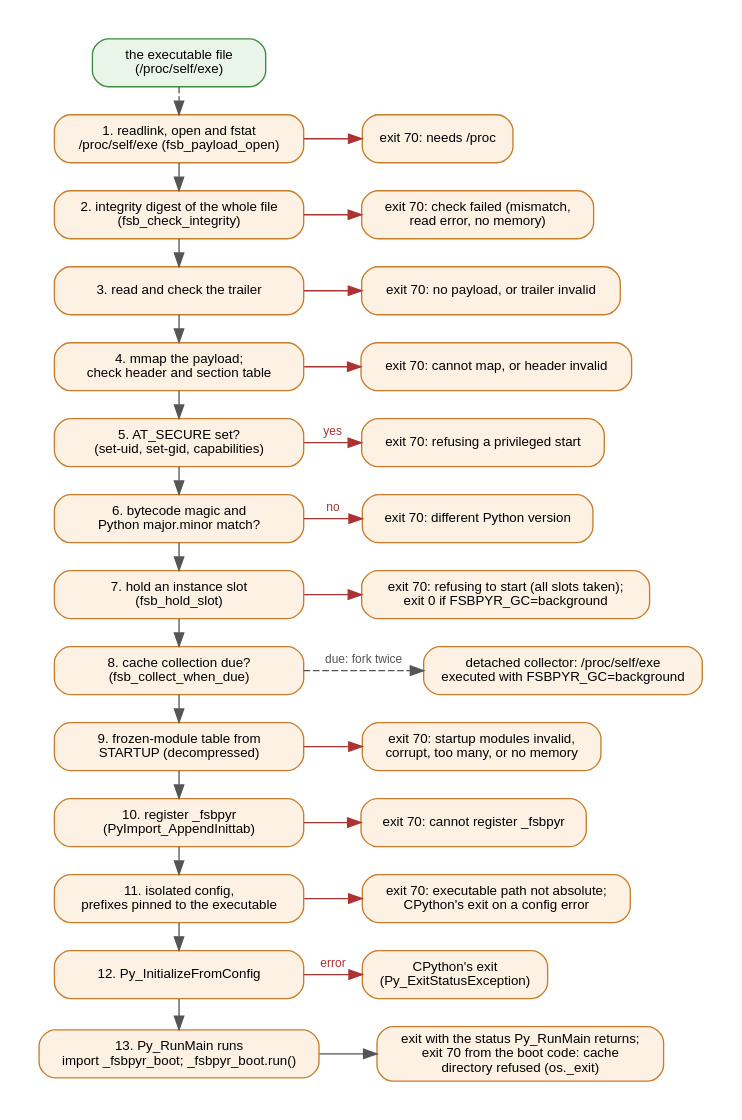
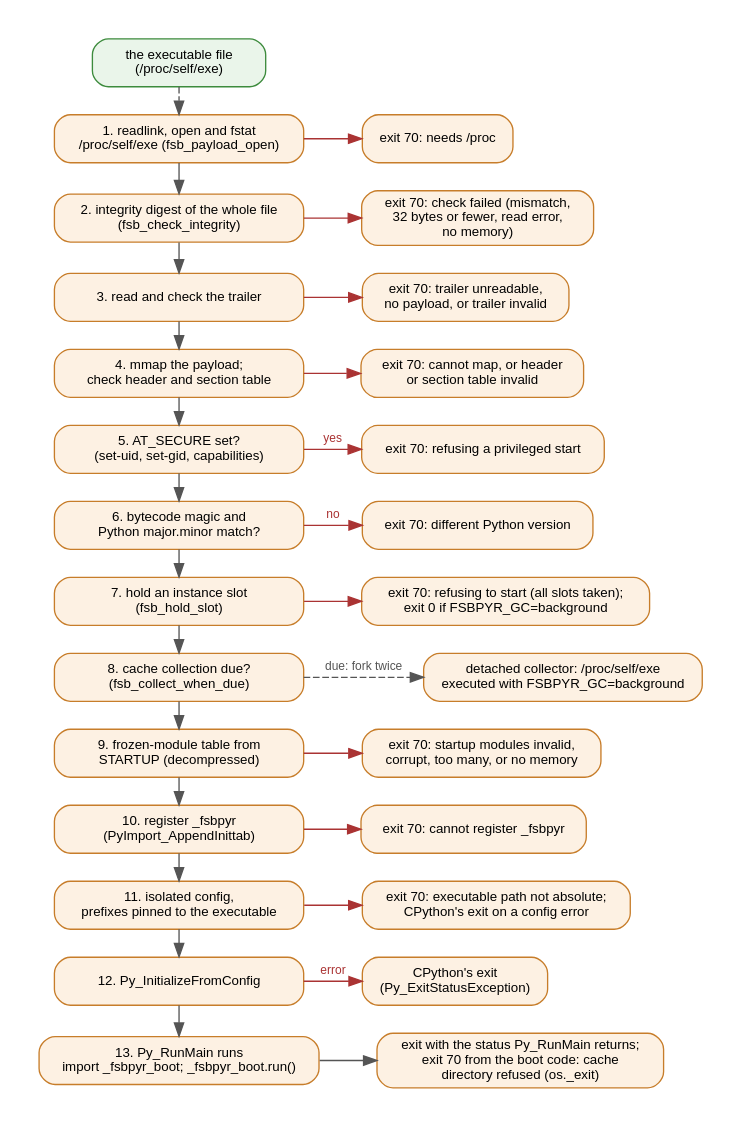
Before and after one commit to devitops-com/fsbpyr: the diagram in wiki/diagrams/launcher-startup.dot, drawn with Graphviz. The commit also changed 40 other files, not shown here.

```diff
--- a/wiki/diagrams/launcher-startup.dot
+++ b/wiki/diagrams/launcher-startup.dot
@@ -1,73 +1,73 @@
-// The launcher's startup sequence at fsbpyr v0.27.0: main() in src/fsbpyr/launcher/main.c,
+// The launcher's startup sequence at fsbpyr v0.30.0: main() in src/fsbpyr/launcher/main.c,
 // with fsb_payload_open (payload.c), fsb_check_integrity (integrity.c), fsb_hold_slot (slots.c)
 // and fsb_collect_when_due (due.c). Steps run top to bottom; red edges are the failure exits.
 // After step 13 the boot code ends a start with 70 itself when the C code refuses the cache
 // directory (NativeCache.extract in boot/_fsbpyr_rt/native.py).
 // Steps 1 to 4 are fsb_payload_open. rankdir=TB, not the wiki's usual LR: 13 steps in sequence.
 digraph launcher_startup {
   graph [fontname="Helvetica" fontsize=11 rankdir=LR bgcolor="white" pad=0.3 nodesep=0.35 ranksep=0.5];
   node [fontname="Helvetica" fontsize=10 shape=box style="rounded,filled" fillcolor="#eef3fb" color="#4a6fa5"];
   edge [fontname="Helvetica" fontsize=9 color="#555555"];
   graph [rankdir=TB nodesep=0.3 ranksep=0.28];
 
   node [fillcolor="#fdf1e3" color="#c77d2a" width=2.6];
 
   exe [label="the executable file\n(/proc/self/exe)" fillcolor="#eaf5ea" color="#3d8b3d" width=1.8];
 
   locate    [label="1. readlink, open and fstat\n/proc/self/exe (fsb_payload_open)"];
   integrity [label="2. integrity digest of the whole file\n(fsb_check_integrity)"];
   trailer   [label="3. read and check the trailer"];
   map       [label="4. mmap the payload;\ncheck header and section table"];
 
   secure    [label="5. AT_SECURE set?\n(set-uid, set-gid, capabilities)"];
   versions  [label="6. bytecode magic and\nPython major.minor match?"];
   slot      [label="7. hold an instance slot\n(fsb_hold_slot)"];
   due       [label="8. cache collection due?\n(fsb_collect_when_due)"];
 
   frozen    [label="9. frozen-module table from\nSTARTUP (decompressed)"];
   inittab   [label="10. register _fsbpyr\n(PyImport_AppendInittab)"];
   config    [label="11. isolated config,\nprefixes pinned to the executable"];
   init      [label="12. Py_InitializeFromConfig"];
   run       [label="13. Py_RunMain runs\nimport _fsbpyr_boot; _fsbpyr_boot.run()"];
 
   exe -> locate [style=dashed];
   locate -> integrity -> trailer -> map -> secure -> versions -> slot -> due -> frozen
     -> inittab -> config -> init -> run;
 
   node [width=0];
   x1  [label="exit 70: needs /proc"];
-  x2  [label="exit 70: check failed (mismatch,\nread error, no memory)"];
-  x3  [label="exit 70: no payload, or trailer invalid"];
-  x4  [label="exit 70: cannot map, or header invalid"];
+  x2  [label="exit 70: check failed (mismatch,\n32 bytes or fewer, read error,\nno memory)"];
+  x3  [label="exit 70: trailer unreadable,\nno payload, or trailer invalid"];
+  x4  [label="exit 70: cannot map, or header\nor section table invalid"];
   x5  [label="exit 70: refusing a privileged start"];
   x6  [label="exit 70: different Python version"];
   x7  [label="exit 70: refusing to start (all slots taken);\nexit 0 if FSBPYR_GC=background"];
   x8  [label="detached collector: /proc/self/exe\nexecuted with FSBPYR_GC=background"];
   x9  [label="exit 70: startup modules invalid,\ncorrupt, too many, or no memory"];
   x10 [label="exit 70: cannot register _fsbpyr"];
   x11 [label="exit 70: executable path not absolute;\nCPython's exit on a config error"];
   x12 [label="CPython's exit\n(Py_ExitStatusException)"];
   x13 [label="exit with the status Py_RunMain returns;\nexit 70 from the boot code: cache\ndirectory refused (os._exit)"];
 
   { rank=same; locate; x1; }
   { rank=same; integrity; x2; }
   { rank=same; trailer; x3; }
   { rank=same; map; x4; }
   { rank=same; secure; x5; }
   { rank=same; versions; x6; }
   { rank=same; slot; x7; }
   { rank=same; due; x8; }
   { rank=same; frozen; x9; }
   { rank=same; inittab; x10; }
   { rank=same; config; x11; }
   { rank=same; init; x12; }
   { rank=same; run; x13; }
 
   edge [color="#aa3333" fontcolor="#aa3333"];
   locate -> x1; integrity -> x2; trailer -> x3; map -> x4; secure -> x5 [label="yes"];
   versions -> x6 [label="no"]; slot -> x7; frozen -> x9; inittab -> x10; config -> x11;
   init -> x12 [label="error"];
   edge [color="#555555" fontcolor="#555555"];
   due -> x8 [style=dashed label="due: fork twice"];
   run -> x13;
 }
```
